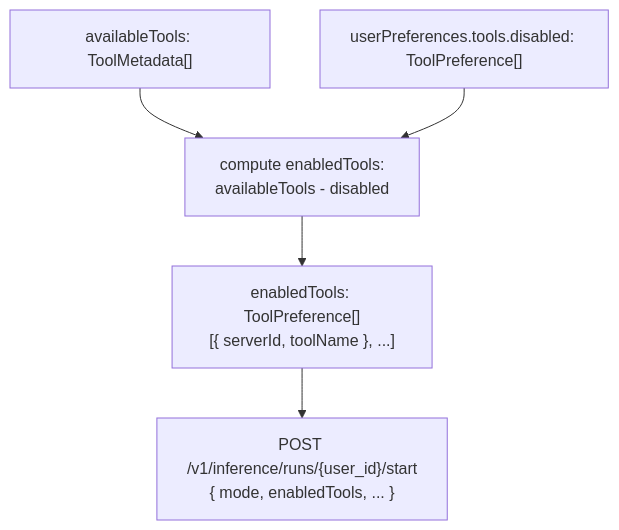
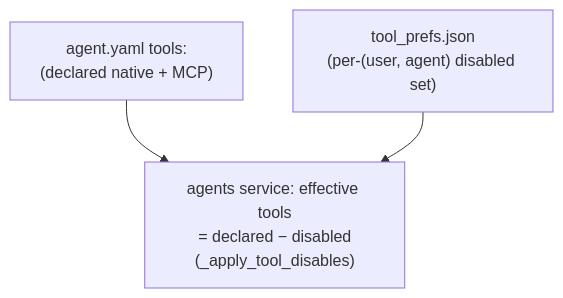
The sixth of 6 diagrams in docs/flows/catalog.md (konstantinosmpouros/mAgenticX), drawn with Mermaid before and after one commit. The commit also changed other lines of this file and 53 other files, not shown here.

Commit message:
feat(tools): per-agent tool model — retire global enabledTools, add MCP catalog picker

````diff
--- a/docs/flows/catalog.md
+++ b/docs/flows/catalog.md
@@ -255,8 +257,6 @@
 ```mermaid
 flowchart TD
-    A["availableTools: ToolMetadata[]"] --> C
-    B["userPreferences.tools.disabled: ToolPreference[]"] --> C
-    C["compute enabledTools:\navailableTools - disabled"] --> D
-    D["enabledTools: ToolPreference[]\n[{ serverId, toolName }, ...]"]
-    D --> E["POST /v1/inference/runs/{user_id}/start\n{ mode, enabledTools, ... }"]
+    A["agent.yaml tools:\n(declared native + MCP)"] --> C
+    B["tool_prefs.json\n(per-(user, agent) disabled set)"] --> C
+    C["agents service: effective tools\n= declared − disabled\n(_apply_tool_disables)"]
 ```
````
